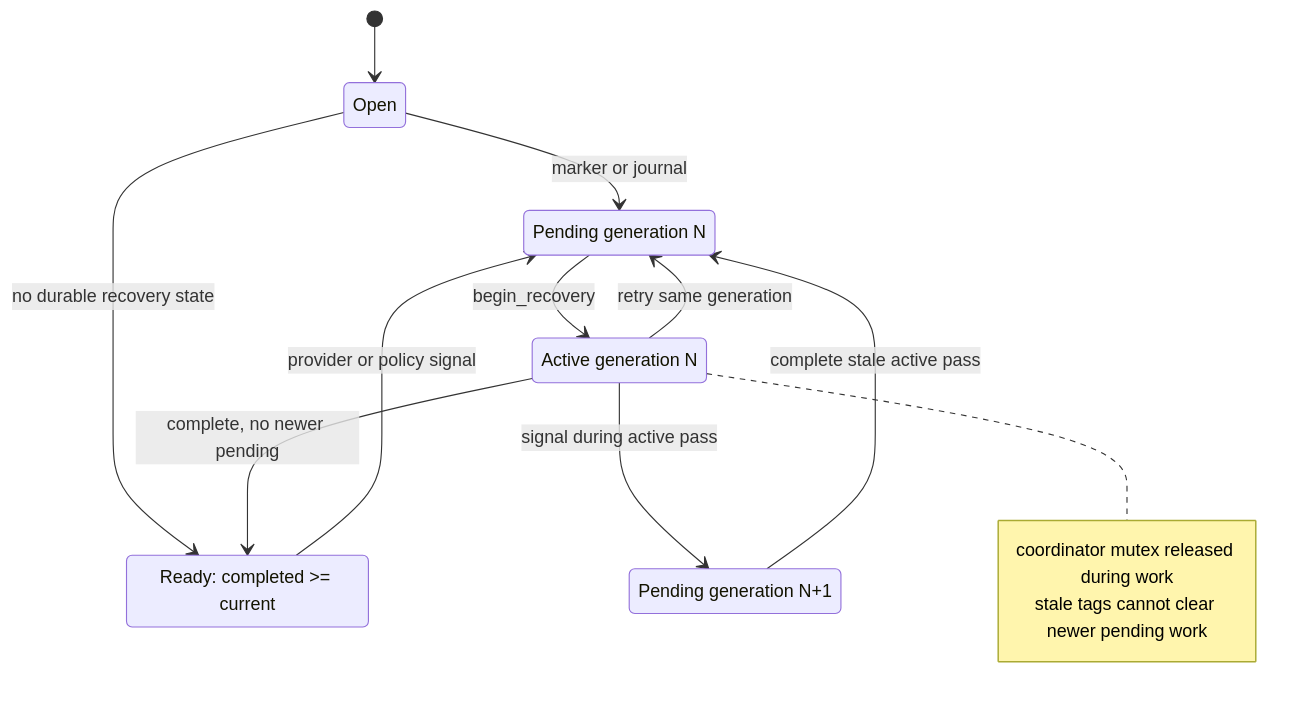
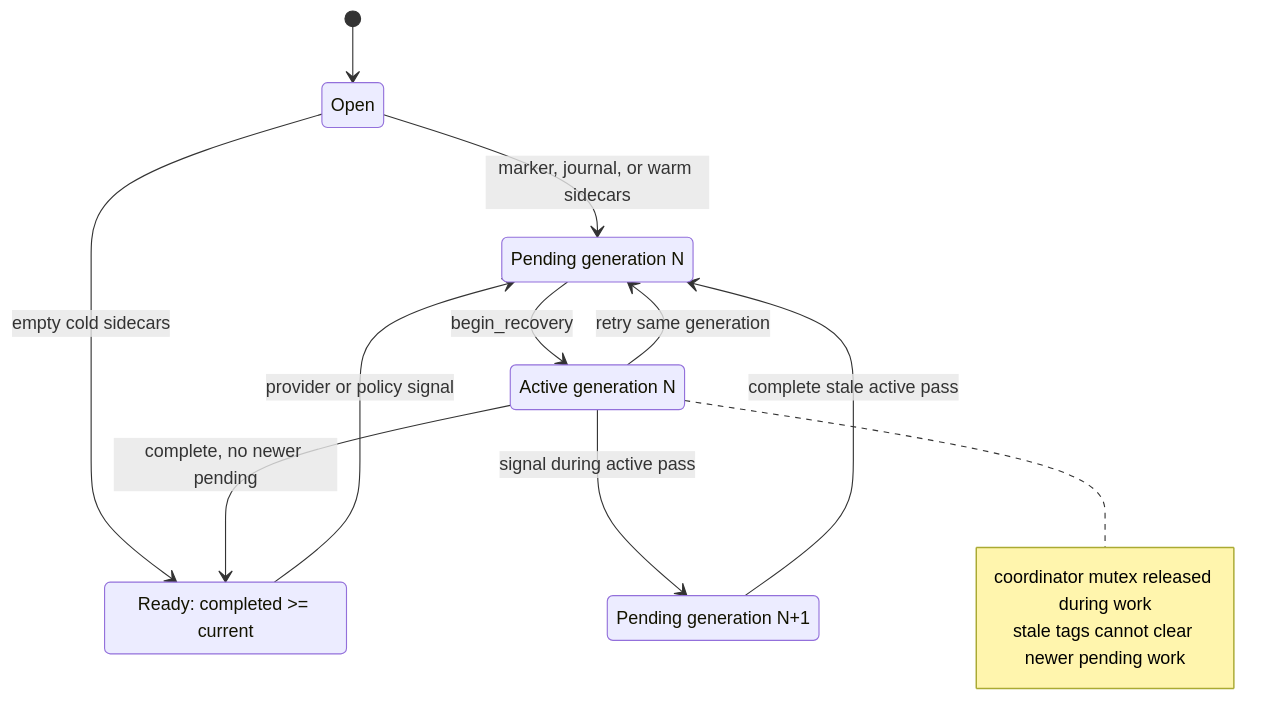
Before and after one commit to fiorix/chan: the fourth of 4 diagrams in crates/chan-workspace/design.md, drawn with Mermaid. The commit also changed other lines of this file and 2 other files, not shown here.

Commit message:
feat(workspace): recover derived state after open
Derive startup work from durable journals and sidecar readiness, then
run replay, rebuild, reconcile, and persisted-report recovery on an
owned worker after metadata-only workspace construction returns.

````diff
--- a/crates/chan-workspace/design.md
+++ b/crates/chan-workspace/design.md
@@ -422,22 +422,22 @@
 ```mermaid
 stateDiagram-v2
     [*] --> Open
     state "Ready: completed >= current" as Ready
     state "Pending generation N" as Pending
     state "Active generation N" as Active
     state "Pending generation N+1" as Newer
 
-    Open --> Pending : marker or journal
-    Open --> Ready : no durable recovery state
+    Open --> Pending : marker, journal, or warm sidecars
+    Open --> Ready : empty cold sidecars
     Ready --> Pending : provider or policy signal
     Pending --> Active : begin_recovery
     Active --> Newer : signal during active pass
     Active --> Ready : complete, no newer pending
     Active --> Pending : retry same generation
     Newer --> Pending : complete stale active pass
 
     note right of Active
       coordinator mutex released during work
       stale tags cannot clear newer pending work
     end note
 ```
````
